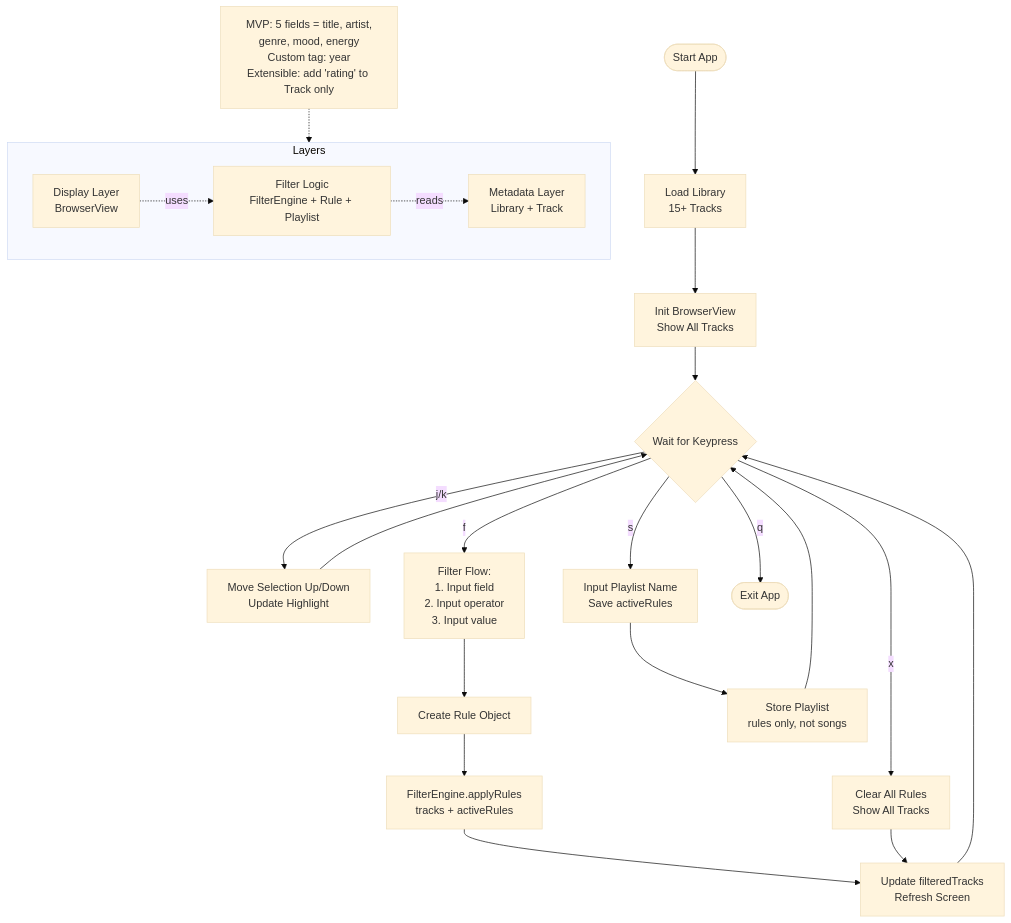
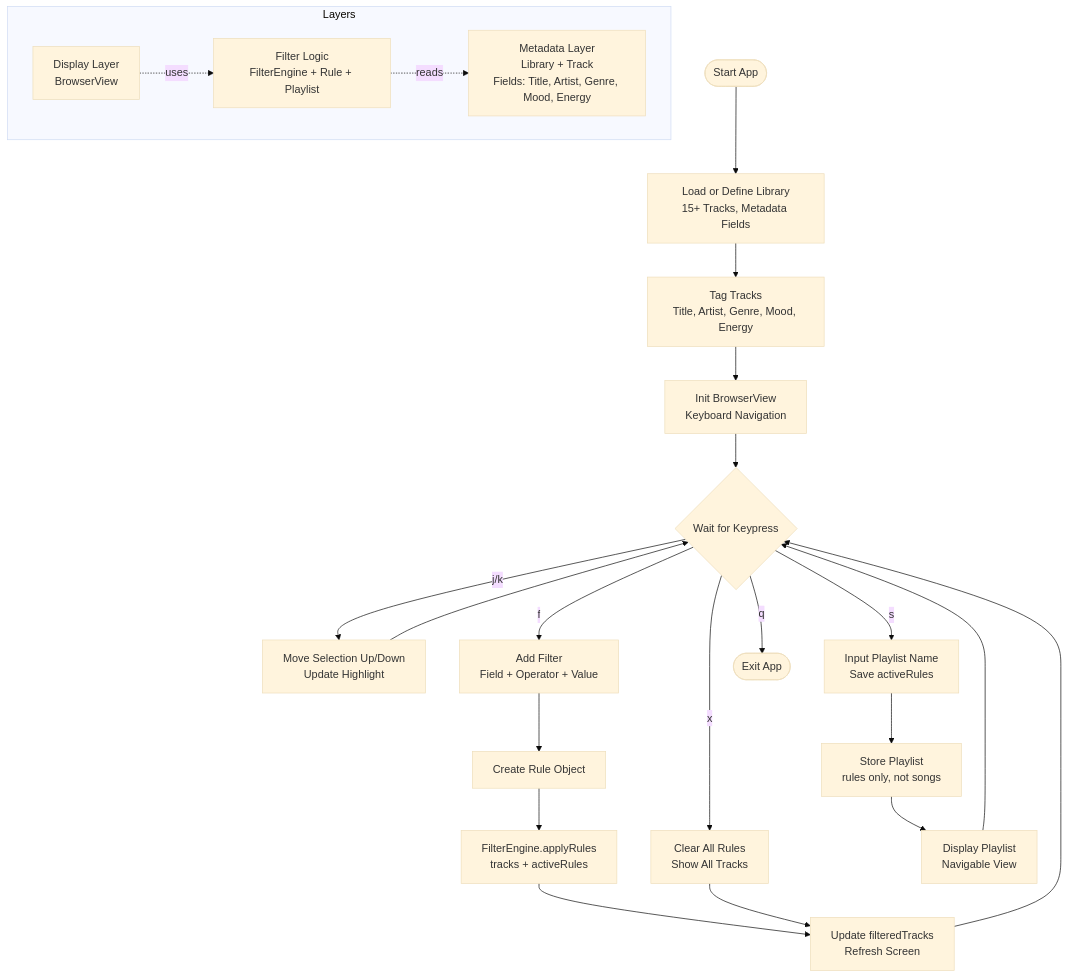
Before and after one commit to BSCpE-2-Software-Design/Libretto: the first of 2 diagrams in README.md, drawn with Mermaid (base theme). The commit also changed other lines of this file, not shown here.

Commit message:
Update flowchart and sequence diagram in README

````diff
--- a/README.md
+++ b/README.md
@@ -8,37 +7,36 @@
 ```mermaid
 flowchart TB
-    Start([Start App]) --> LoadLib[Load Library<br/>15+ Tracks]
-    LoadLib --> InitUI[Init BrowserView<br/>Show All Tracks]
+    Start([Start App]) --> LoadLib[Load or Define Library<br/>15+ Tracks, Metadata Fields]
+    LoadLib --> TagTracks[Tag Tracks<br/>Title, Artist, Genre, Mood, Energy]
+    TagTracks --> InitUI[Init BrowserView<br/>Keyboard Navigation]
     InitUI --> WaitInput{Wait for Keypress}
-    
+
     WaitInput -->|j/k| Navigate[Move Selection Up/Down<br/>Update Highlight]
     Navigate --> WaitInput
-    
-    WaitInput -->|f| AddFilter[Filter Flow:<br/>1. Input field<br/>2. Input operator<br/>3. Input value]
+
+    WaitInput -->|f| AddFilter[Add Filter<br/>Field + Operator + Value]
     AddFilter --> CreateRule[Create Rule Object]
     CreateRule --> ApplyFilter[FilterEngine.applyRules<br/>tracks + activeRules]
     ApplyFilter --> UpdateView[Update filteredTracks<br/>Refresh Screen]
     UpdateView --> WaitInput
-    
+
     WaitInput -->|x| ClearFilters[Clear All Rules<br/>Show All Tracks]
     ClearFilters --> UpdateView
-    
+
     WaitInput -->|s| SavePlaylist[Input Playlist Name<br/>Save activeRules]
     SavePlaylist --> StorePL[Store Playlist<br/>rules only, not songs]
-    StorePL --> WaitInput
-    
+    StorePL --> DisplayPL[Display Playlist<br/>Navigable View]
+    DisplayPL --> WaitInput
+
     WaitInput -->|q| Exit([Exit App])
-    
+
     subgraph Layers
         direction LR
         L1[Display Layer<br/>BrowserView] 
         L2[Filter Logic<br/>FilterEngine + Rule + Playlist]
-        L3[Metadata Layer<br/>Library + Track]
+        L3[Metadata Layer<br/>Library + Track<br/>Fields: Title, Artist, Genre, Mood, Energy]
     end
-    
+
     L1 -.->|uses| L2
     L2 -.->|reads| L3
-    
-    note1["MVP: 5 fields = title, artist,<br/>genre, mood, energy<br/>Custom tag: year<br/>Extensible: add 'rating' to Track only"]
-    note1 -.-> L3
 ```
````
